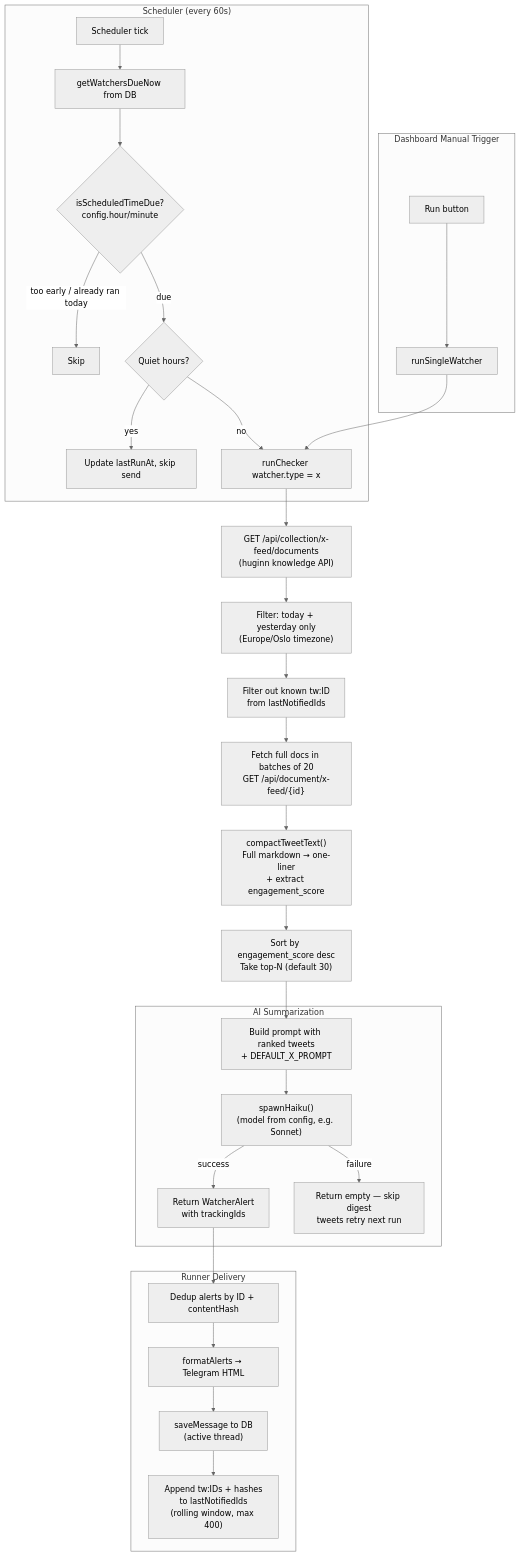
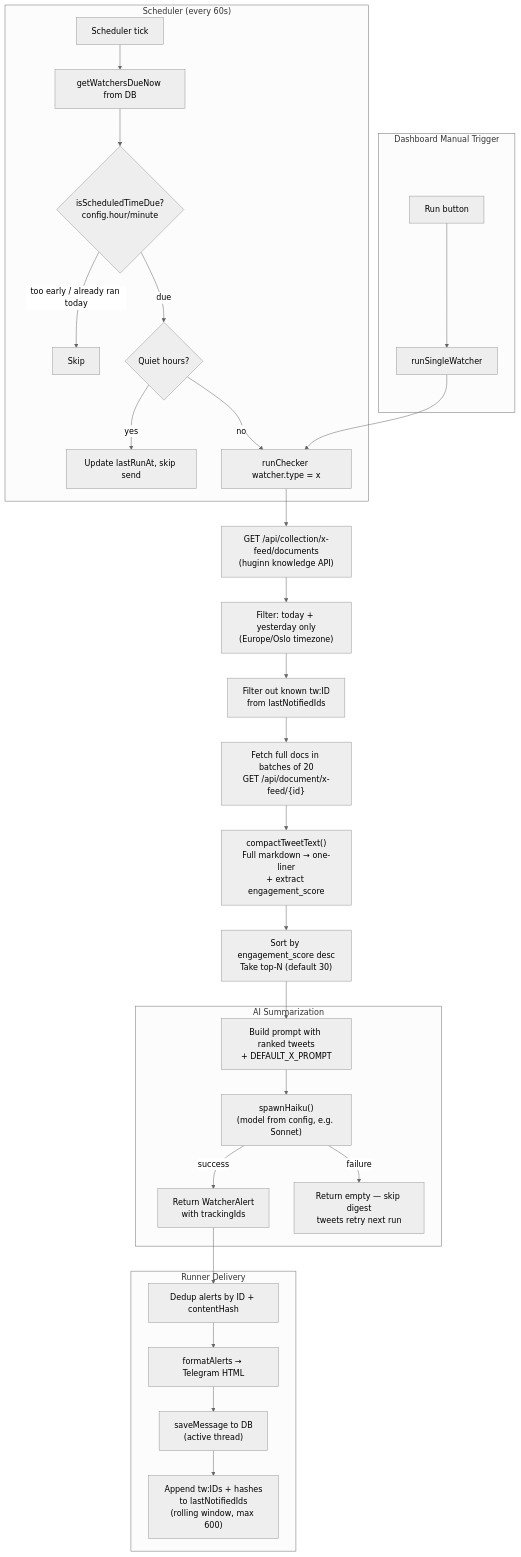
The first of 3 diagrams in src/watchers/README.md (RuneLind/muninn), drawn with Mermaid (neutral theme) before and after one commit. The commit also changed other lines of this file and 5 other files, not shown here.

````diff
--- a/src/watchers/README.md
+++ b/src/watchers/README.md
@@ -7,40 +7,40 @@
 ```mermaid
 flowchart TD
     subgraph Scheduler["Scheduler (every 60s)"]
         TICK[Scheduler tick] --> DUE[getWatchersDueNow from DB]
         DUE --> TIME{isScheduledTimeDue?<br/>config.hour/minute}
         TIME -->|too early / already ran today| SKIP[Skip]
         TIME -->|due| QUIET{Quiet hours?}
         QUIET -->|yes| MARKONLY[Update lastRunAt, skip send]
         QUIET -->|no| RUN
     end
 
     subgraph Manual["Dashboard Manual Trigger"]
         BUTTON["Run button"] --> RUNMAN[runSingleWatcher]
         RUNMAN --> RUN
     end
 
     RUN[runChecker watcher.type = x]
 
     RUN --> LIST["GET /api/collection/x-feed/documents<br/>(huginn knowledge API)"]
     LIST --> DATEFILTER["Filter: today + yesterday only<br/>(Europe/Oslo timezone)"]
     DATEFILTER --> DEDUP1["Filter out known tw:ID<br/>from lastNotifiedIds"]
     DEDUP1 --> FETCH["Fetch full docs in batches of 20<br/>GET /api/document/x-feed/{id}"]
     FETCH --> COMPACT["compactTweetText()<br/>Full markdown → one-liner<br/>+ extract engagement_score"]
     COMPACT --> RANK["Sort by engagement_score desc<br/>Take top-N (default 30)"]
 
     RANK --> PROMPT
 
     subgraph Summarize["AI Summarization"]
         PROMPT["Build prompt with ranked tweets<br/>+ DEFAULT_X_PROMPT"] --> MODEL["spawnHaiku()<br/>(model from config, e.g. Sonnet)"]
         MODEL -->|success| ALERT["Return WatcherAlert<br/>with trackingIds"]
         MODEL -->|failure| DROP["Return empty — skip digest<br/>tweets retry next run"]
     end
 
     subgraph Deliver["Runner Delivery"]
         ALERT --> RUNDEDUP["Dedup alerts by ID + contentHash"]
         RUNDEDUP --> SEND["formatAlerts → Telegram HTML"]
         SEND --> SAVE["saveMessage to DB<br/>(active thread)"]
-        SAVE --> TRACK["Append tw:IDs + hashes<br/>to lastNotifiedIds<br/>(rolling window, max 400)"]
+        SAVE --> TRACK["Append tw:IDs + hashes<br/>to lastNotifiedIds<br/>(rolling window, max 600)"]
     end
 ```
````
